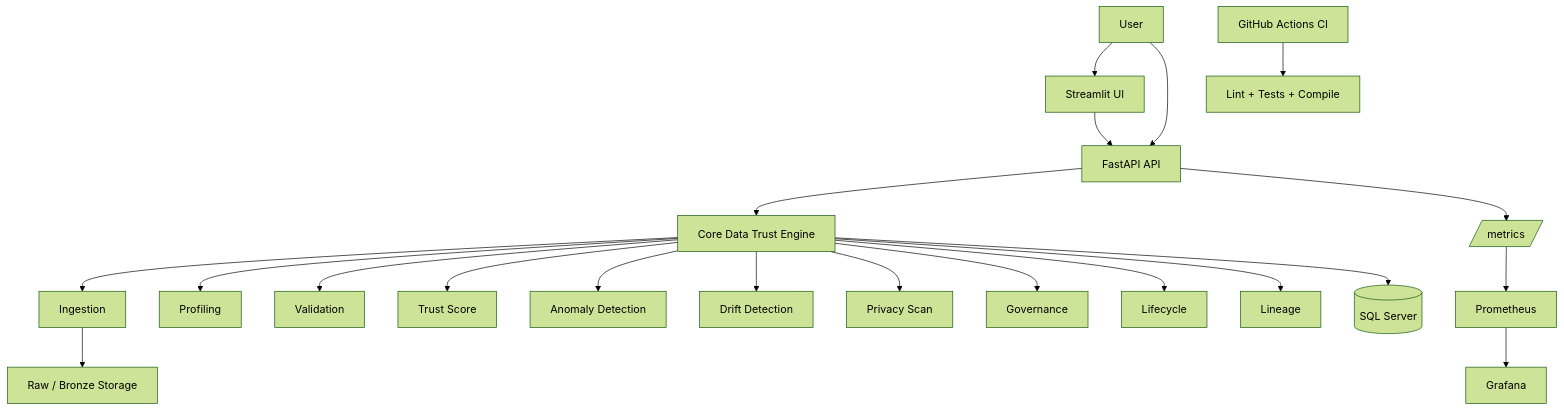
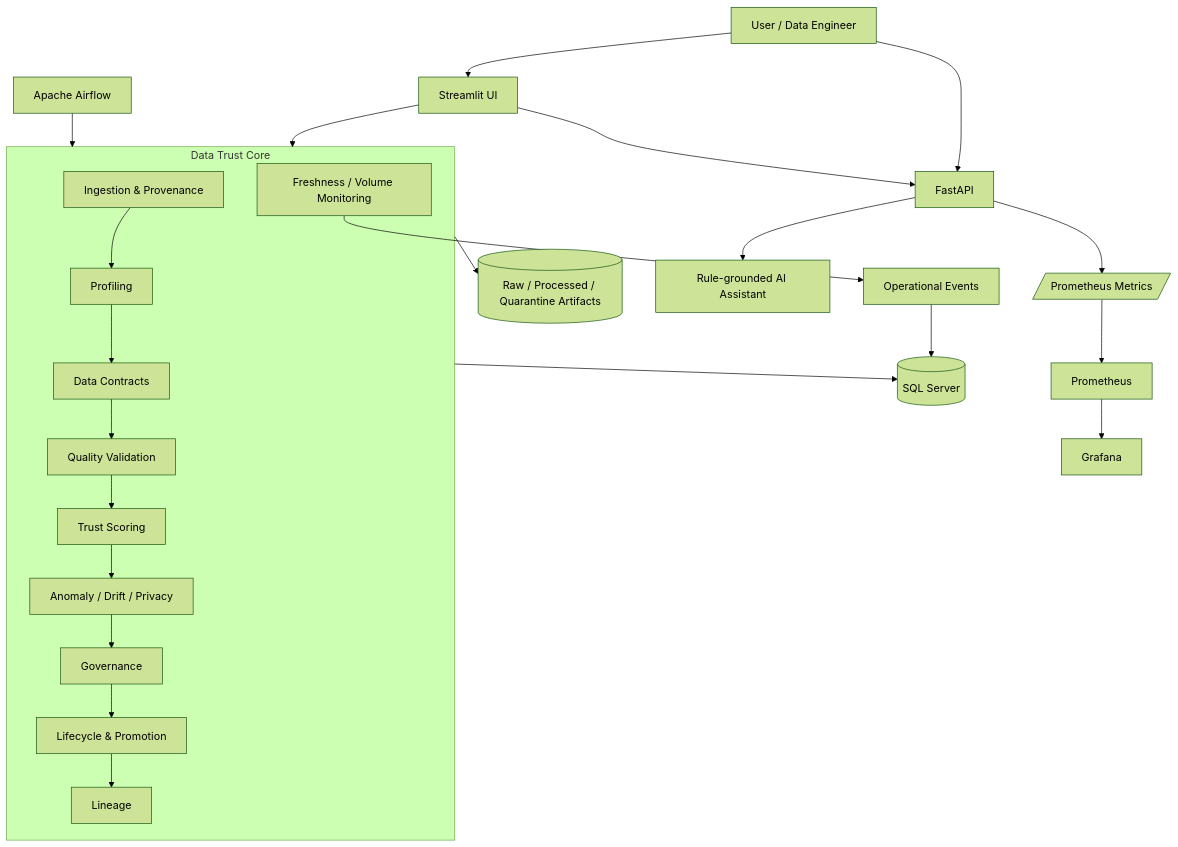
One commit to Hungnguyencode/ai-data-trust-platform changed the first of 2 diagrams in README.md. Above: the diagram before and after it, drawn with Mermaid (forest theme). The commit also changed other lines of this file, not shown here.

````diff
--- a/README.md
+++ b/README.md
@@ -140,28 +61,46 @@
 ```mermaid
-flowchart TD
-    U[User] --> UI[Streamlit UI]
-    U --> API[FastAPI API]
+flowchart TB
+    USER[User / Data Engineer]
+
+    USER --> UI[Streamlit UI]
+    USER --> API[FastAPI]
 
     UI --> API
-    API --> CORE[Core Data Trust Engine]
+    UI --> CORE
 
-    CORE --> ING[Ingestion]
-    CORE --> PROF[Profiling]
-    CORE --> VAL[Validation]
-    CORE --> SCORE[Trust Score]
-    CORE --> ANOM[Anomaly Detection]
-    CORE --> DRIFT[Drift Detection]
-    CORE --> PRIV[Privacy Scan]
-    CORE --> GOV[Governance]
-    CORE --> LIFE[Lifecycle]
-    CORE --> LINE[Lineage]
+    AIRFLOW[Apache Airflow] --> CORE
 
-    ING --> RAW[Raw / Bronze Storage]
+    subgraph CORE[Data Trust Core]
+        INGEST[Ingestion & Provenance]
+        PROFILE[Profiling]
+        CONTRACT[Data Contracts]
+        QUALITY[Quality Validation]
+        SCORE[Trust Scoring]
+        ADVANCED[Anomaly / Drift / Privacy]
+        GOVERNANCE[Governance]
+        LIFECYCLE[Lifecycle & Promotion]
+        LINEAGE[Lineage]
+        OBS[Freshness / Volume Monitoring]
+    end
+
+    INGEST --> PROFILE
+    PROFILE --> CONTRACT
+    CONTRACT --> QUALITY
+    QUALITY --> SCORE
+    SCORE --> ADVANCED
+    ADVANCED --> GOVERNANCE
+    GOVERNANCE --> LIFECYCLE
+    LIFECYCLE --> LINEAGE
+
     CORE --> SQL[(SQL Server)]
+    CORE --> STORAGE[(Raw / Processed / Quarantine Artifacts)]
 
-    API --> METRICS[/metrics/]
+    API --> AI[Rule-grounded AI Assistant]
+
+    API --> METRICS[/Prometheus Metrics/]
     METRICS --> PROM[Prometheus]
-    PROM --> GRAF[Grafana]
+    PROM --> GRAFANA[Grafana]
 
-    CI[GitHub Actions CI] --> TEST[Lint + Tests + Compile]
+    OBS --> EVENTS[Operational Events]
+    EVENTS --> SQL
 ```
````
